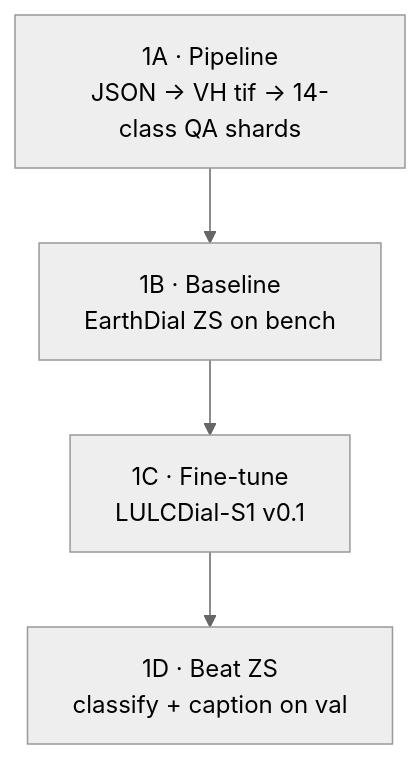
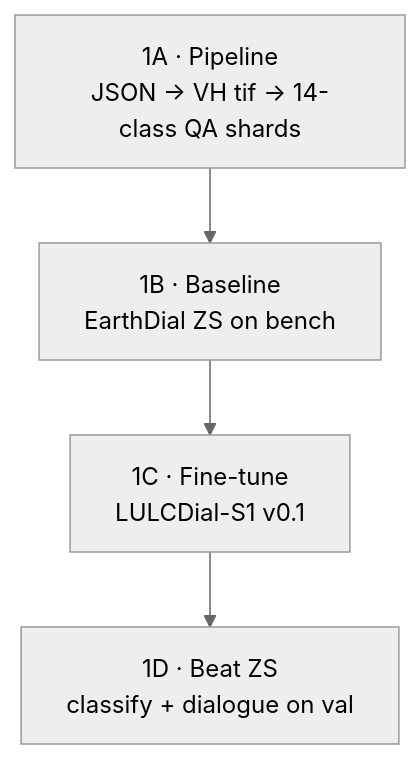
The diagram in Stage1_Summer_Intern_Guide.md (Riha-K/MTP), drawn with Mermaid (neutral theme) before and after one commit. The commit also changed other lines of this file and 8 other files, not shown here.

````diff
--- a/Stage1_Summer_Intern_Guide.md
+++ b/Stage1_Summer_Intern_Guide.md
@@ -49,9 +49,9 @@
 ```mermaid
 flowchart TB
     S1A["1A · Pipeline<br/>JSON → VH tif → 14-class QA shards"]
     S1B["1B · Baseline<br/>EarthDial ZS on bench"]
     S1C["1C · Fine-tune<br/>LULCDial-S1 v0.1"]
-    S1D["1D · Beat ZS<br/>classify + caption on val"]
+    S1D["1D · Beat ZS<br/>classify + dialogue on val"]
 
     S1A --> S1B --> S1C --> S1D
 ```
````
